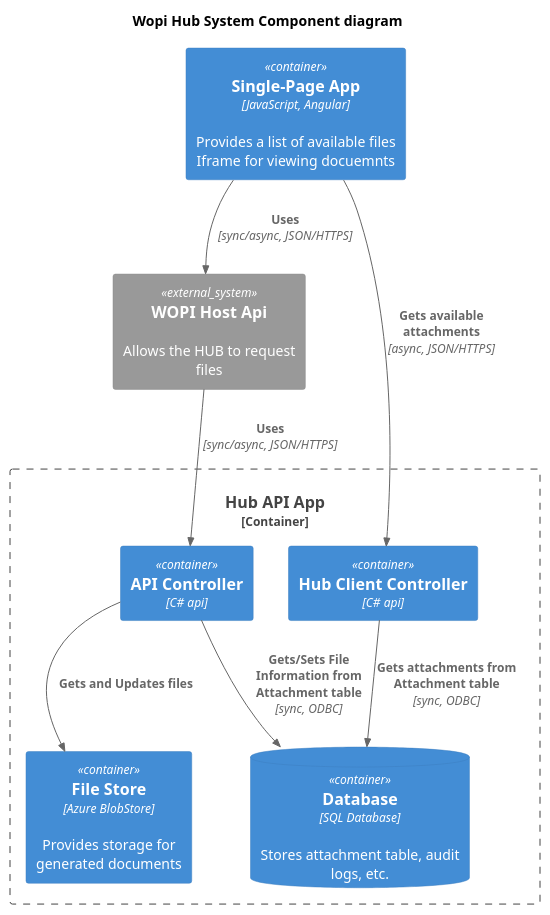
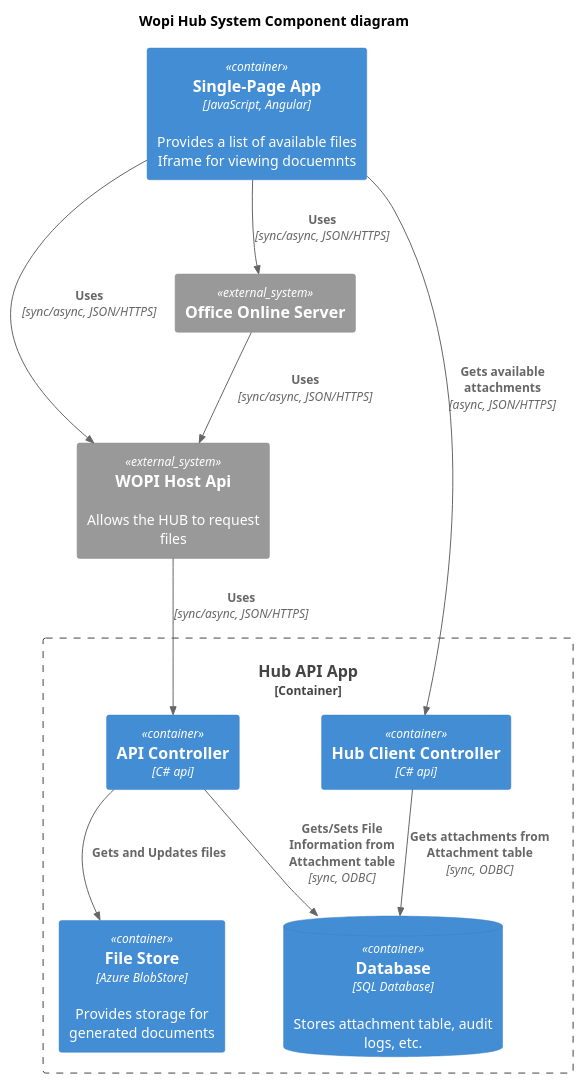
Before and after one commit to newportg/Wopi: the diagram in puml/WopiHubComponent.puml, drawn with PlantUML. The commit also changed 2 other files, not shown here.

```diff
--- a/puml/WopiHubComponent.puml
+++ b/puml/WopiHubComponent.puml
@@ -1,24 +1,28 @@
 @startuml
 !includeurl https://raw.githubusercontent.com/RicardoNiepel/C4-PlantUML/master/C4_Component.puml
 
 title Wopi Hub System Component diagram 
 
 Container(spa, "Single-Page App", "JavaScript, Angular", "Provides a list of available files\nIframe for viewing docuemnts")
 
 Container_Boundary(backend_api, "Hub API App") {
     ContainerDb(database, "Database", "SQL Database", "Stores attachment table, audit logs, etc.")
     Container(hubController, "Hub Client Controller", "C# api", "")
     Container(apiController, "API Controller", "C# api", "")
     Container(filestore, "File Store", "Azure BlobStore", "Provides storage for generated documents")
 }
     
 System_Ext(wopapi, "WOPI Host Api", "Allows the HUB to request files")
+System_Ext(oos, "Office Online Server", "")
+
 
 Rel(spa, hubController, "Gets available attachments", "async, JSON/HTTPS")
 Rel(apiController, filestore, "Gets and Updates files")
 Rel(apiController, database, "Gets/Sets File Information from Attachment table", "sync, ODBC")
 Rel(hubController, database, "Gets attachments from Attachment table", "sync, ODBC")
 Rel(spa, wopapi, "Uses", "sync/async, JSON/HTTPS")
+Rel(spa, oos, "Uses", "sync/async, JSON/HTTPS")
 Rel(wopapi, apiController, "Uses", "sync/async, JSON/HTTPS")
+Rel(oos, wopapi, "Uses", "sync/async, JSON/HTTPS")
 
 @enduml
```
